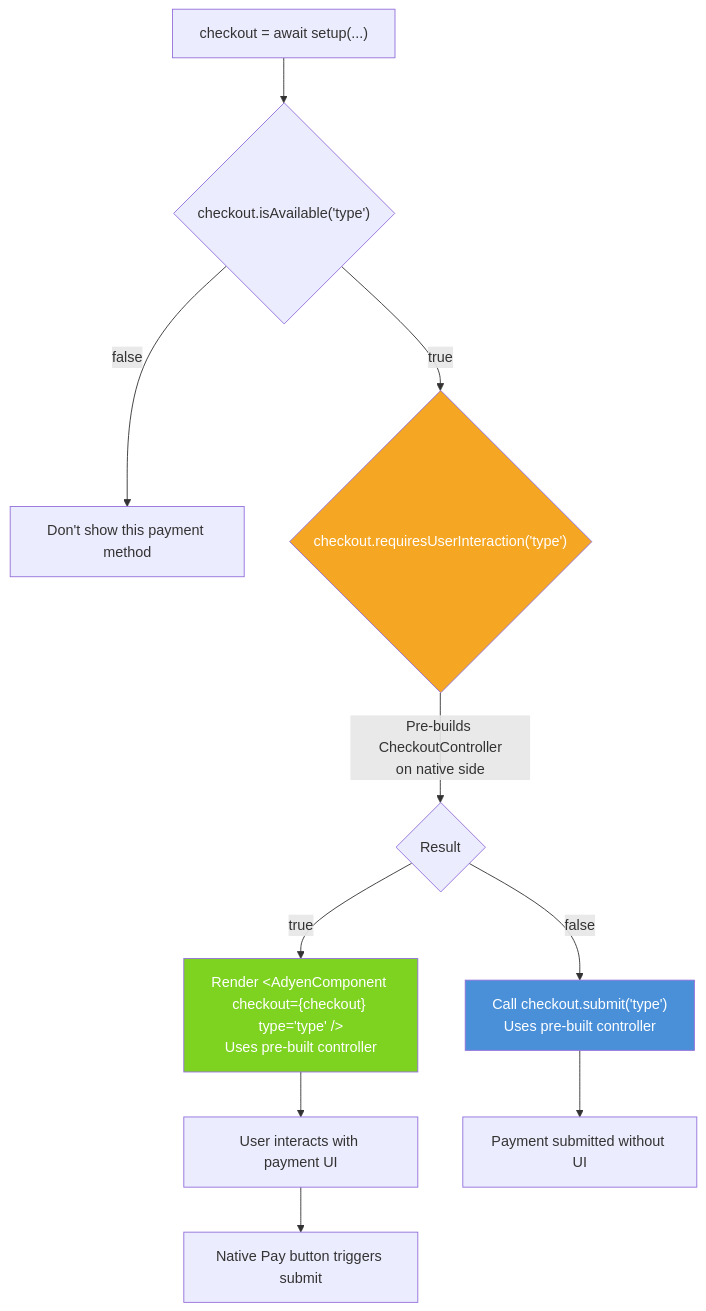
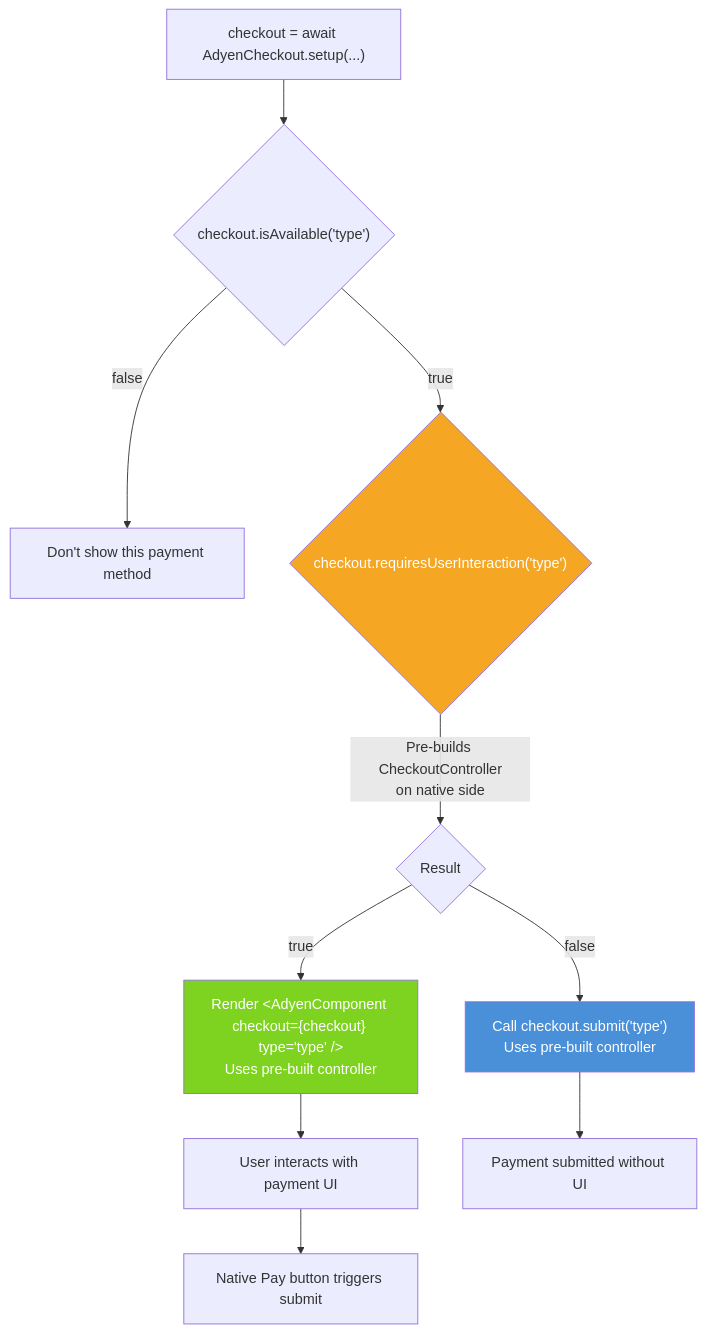
Before and after one commit to Adyen/adyen-react-native: the seventh of 7 diagrams in docs/v6-public-api-proposal.md, drawn with Mermaid. The commit also changed other lines of this file and 26 other files, not shown here.

First line of the commit message:
refactor: replace AdyenCheckout provider with static API (Option B)

````diff
--- a/docs/v6-public-api-proposal.md
+++ b/docs/v6-public-api-proposal.md
@@ -269,20 +276,20 @@
 ```mermaid
 flowchart TD
-    A["checkout = await setup(...)"] --> B{"checkout.isAvailable('type')"}
+    A["checkout = await AdyenCheckout.setup(...)"] --> B{"checkout.isAvailable('type')"}
     B -->|false| C[Don't show this payment method]
     B -->|true| D{"checkout.requiresUserInteraction('type')"}
 
     D -->|"Pre-builds CheckoutController<br/>on native side"| E{Result}
 
     E -->|true| F["Render &lt;AdyenComponent checkout={checkout} type='type' /&gt;<br/>Uses pre-built controller"]
     E -->|false| G["Call checkout.submit('type')<br/>Uses pre-built controller"]
 
     F --> H[User interacts with payment UI]
     H --> I[Native Pay button triggers submit]
 
     G --> J[Payment submitted without UI]
 
     style D fill:#f5a623,color:#fff
     style F fill:#7ed321,color:#fff
     style G fill:#4a90d9,color:#fff
 ```
````
